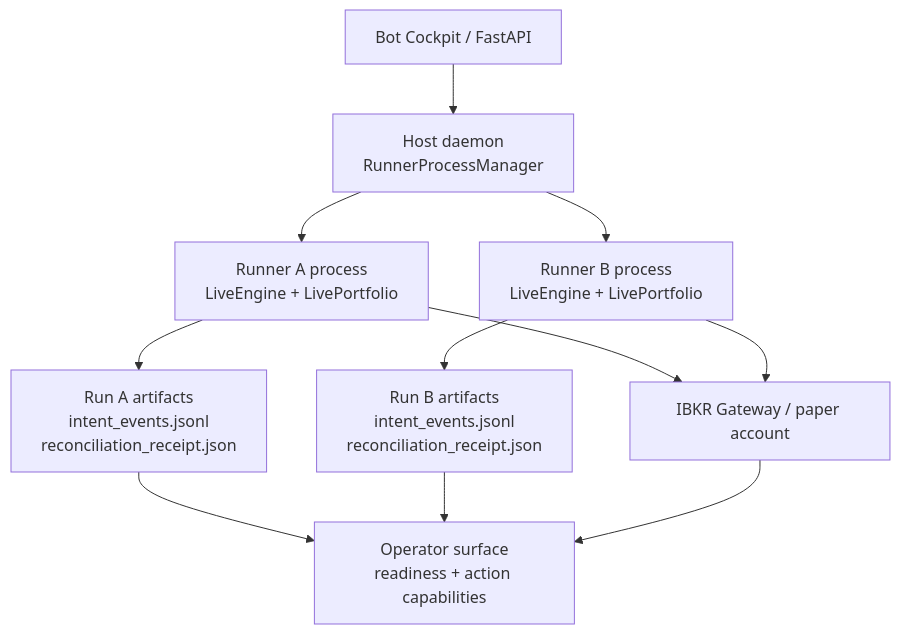
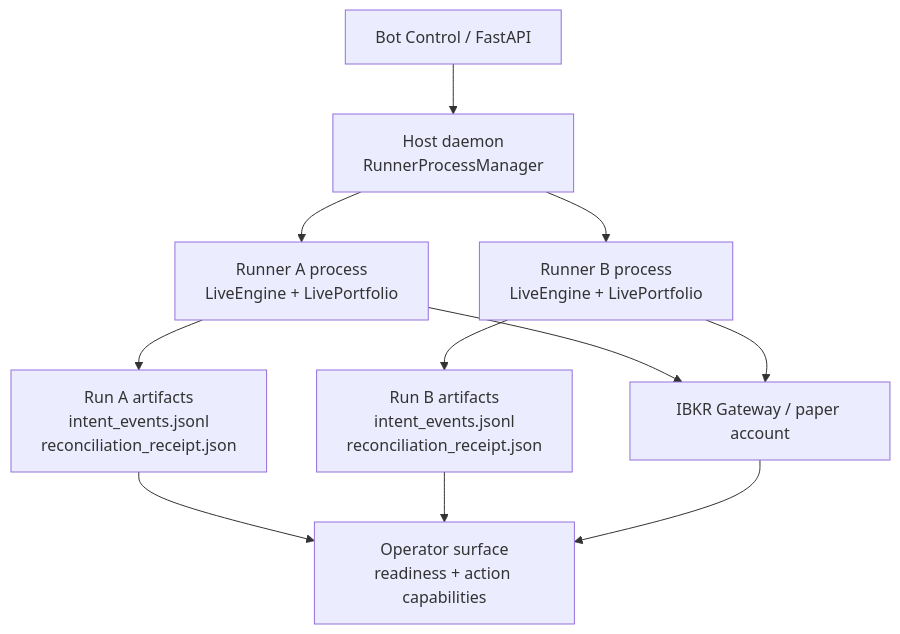
Before and after one commit to tim1016/learn-ai: the diagram in docs/bot-lifecycle-account-owner-authority.md, drawn with Mermaid. The commit also changed other lines of this file and 234 other files, not shown here.

Commit message:
Remove legacy bot control panel

````diff
--- a/docs/bot-lifecycle-account-owner-authority.md
+++ b/docs/bot-lifecycle-account-owner-authority.md
@@ -40,22 +40,22 @@
 ```mermaid
 flowchart TD
-    ui["Bot Cockpit / FastAPI"]
+    ui["Bot Control / FastAPI"]
     daemon["Host daemon<br/>RunnerProcessManager"]
     r1["Runner A process<br/>LiveEngine + LivePortfolio"]
     r2["Runner B process<br/>LiveEngine + LivePortfolio"]
     wal1["Run A artifacts<br/>intent_events.jsonl<br/>reconciliation_receipt.json"]
     wal2["Run B artifacts<br/>intent_events.jsonl<br/>reconciliation_receipt.json"]
     broker["IBKR Gateway / paper account"]
     surface["Operator surface<br/>readiness + action capabilities"]
 
     ui --> daemon
     daemon --> r1
     daemon --> r2
     r1 --> wal1
     r2 --> wal2
     r1 --> broker
     r2 --> broker
     wal1 --> surface
     wal2 --> surface
     broker --> surface
 ```
````
